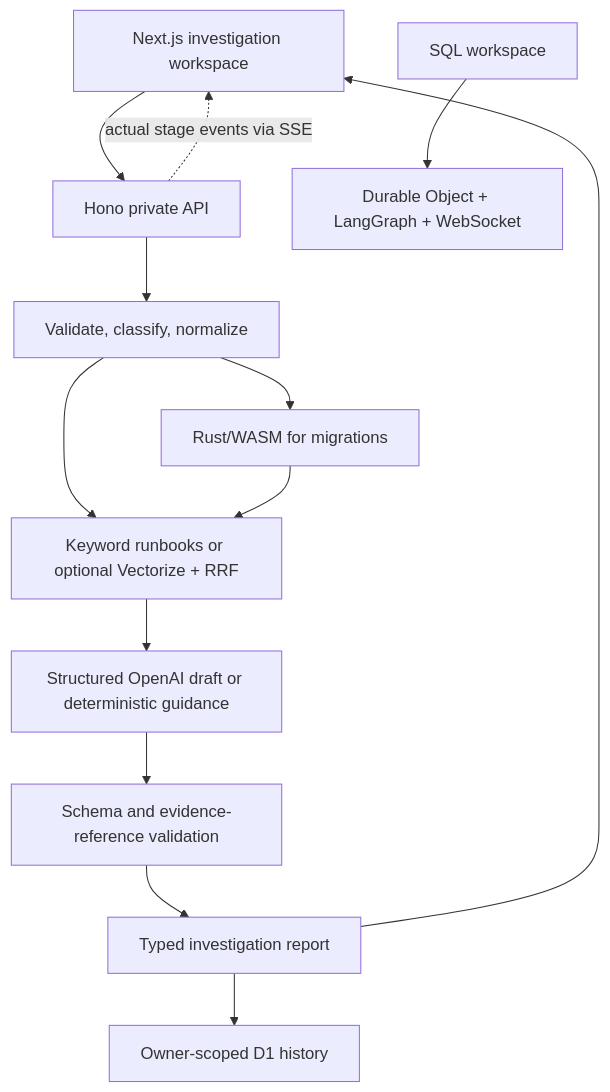
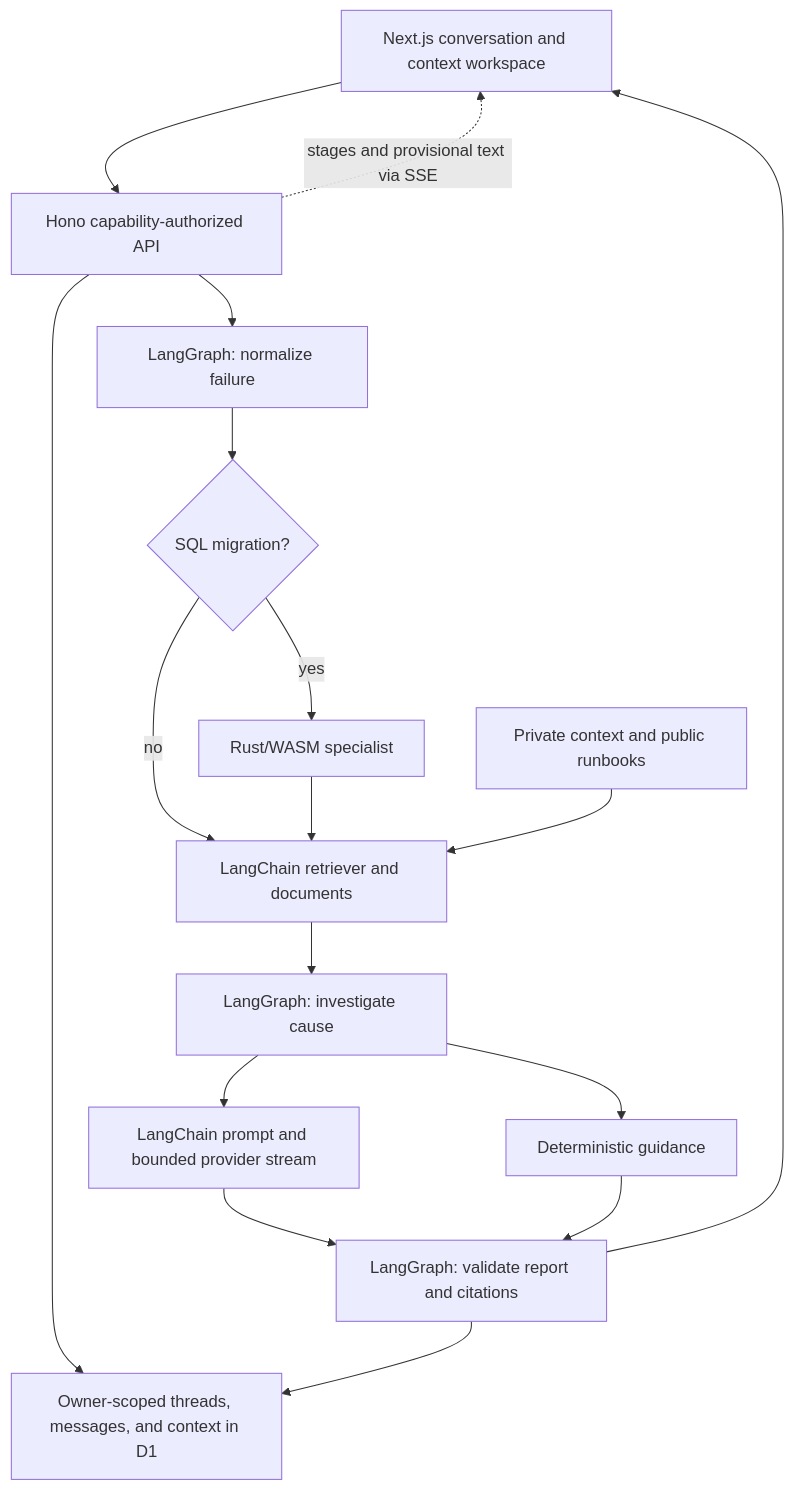
One commit to s4natk/lockstep-remastered changed the diagram in README.md. Above: the diagram before and after it, drawn with Mermaid. The commit also changed other lines of this file and 131 other files, not shown here.

````diff
--- a/README.md
+++ b/README.md
@@ -72,15 +143,19 @@
 ```mermaid
 flowchart TD
-  UI[Next.js investigation workspace] --> API[Hono private API]
-  API --> Parse[Validate, classify, normalize]
-  Parse --> SQL[Rust/WASM for migrations]
-  Parse --> Retrieve[Keyword runbooks or optional Vectorize + RRF]
+  UI[Next.js conversation and context workspace] --> API[Hono capability-authorized API]
+  API --> D1[Owner-scoped threads, messages, and context in D1]
+  API --> Normalize[LangGraph: normalize failure]
+  Normalize --> Kind{SQL migration?}
+  Kind -->|yes| SQL[Rust/WASM specialist]
+  Kind -->|no| Retrieve[LangChain retriever and documents]
   SQL --> Retrieve
-  Retrieve --> Draft[Structured OpenAI draft or deterministic guidance]
-  Draft --> Validate[Schema and evidence-reference validation]
-  Validate --> Report[Typed investigation report]
-  Report --> D1[Owner-scoped D1 history]
-  Report --> UI
-  API -. actual stage events via SSE .-> UI
-  Legacy[SQL workspace] --> DO[Durable Object + LangGraph + WebSocket]
+  KB[Private context and public runbooks] --> Retrieve
+  Retrieve --> Draft[LangGraph: investigate cause]
+  Draft --> Model[LangChain prompt and bounded provider stream]
+  Draft --> Offline[Deterministic guidance]
+  Model --> Validate[LangGraph: validate report and citations]
+  Offline --> Validate
+  Validate --> D1
+  Validate --> UI
+  API -. stages and provisional text via SSE .-> UI
 ```
````
